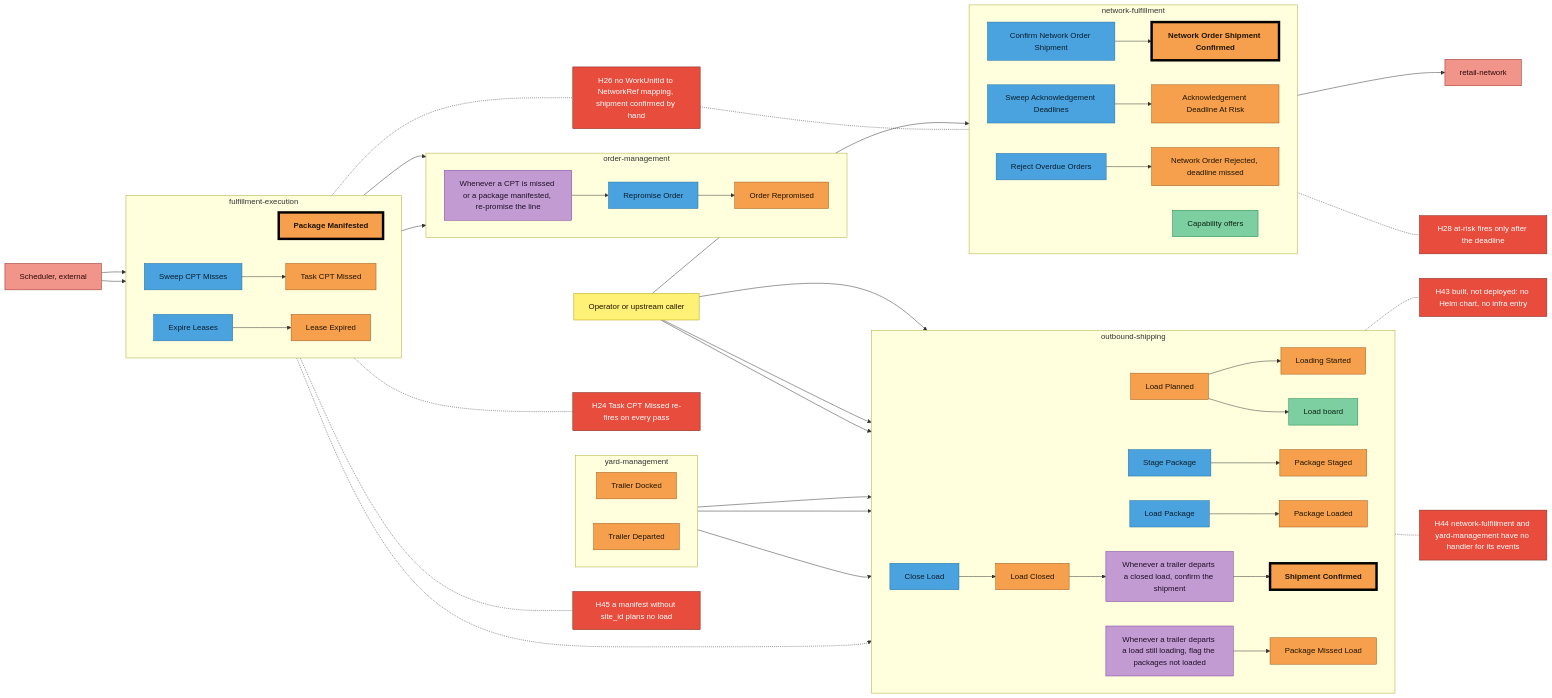
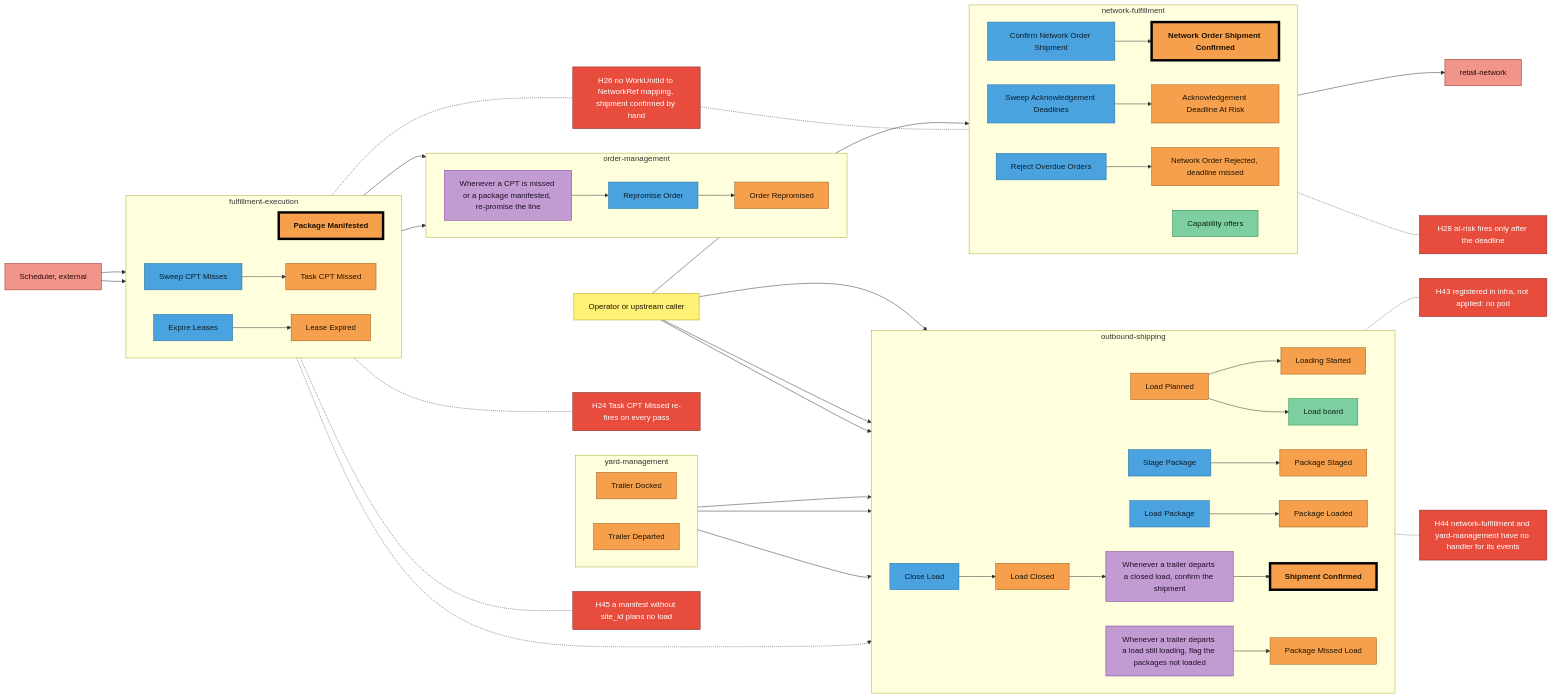
Before and after one commit to IQVO/warehouse-docs: the tenth of 10 diagrams in docs/strategic-design/eventstorming-big-picture.md, drawn with Mermaid. The commit also changed other lines of this file and 15 other files, not shown here.

Commit message:
docs(fleet): outbound-shipping is released v0.1.0, registered and image-pinned in warehouse-infra (PR 205), not applied; per-edge infra wiring on K67 to K75

```diff
--- a/docs/strategic-design/eventstorming-big-picture.md
+++ b/docs/strategic-design/eventstorming-big-picture.md
@@ -906,7 +906,7 @@
     Y2 --> P3 --> E13
     E8 --> R2
 
-    H43["H43 built, not deployed: no Helm chart, no infra entry"]:::hotspot
+    H43["H43 registered in infra, not applied: no pod"]:::hotspot
     H44["H44 network-fulfillment and yard-management have no handler for its events"]:::hotspot
     H45["H45 a manifest without site_id plans no load"]:::hotspot
     E12 -.- H43
```
